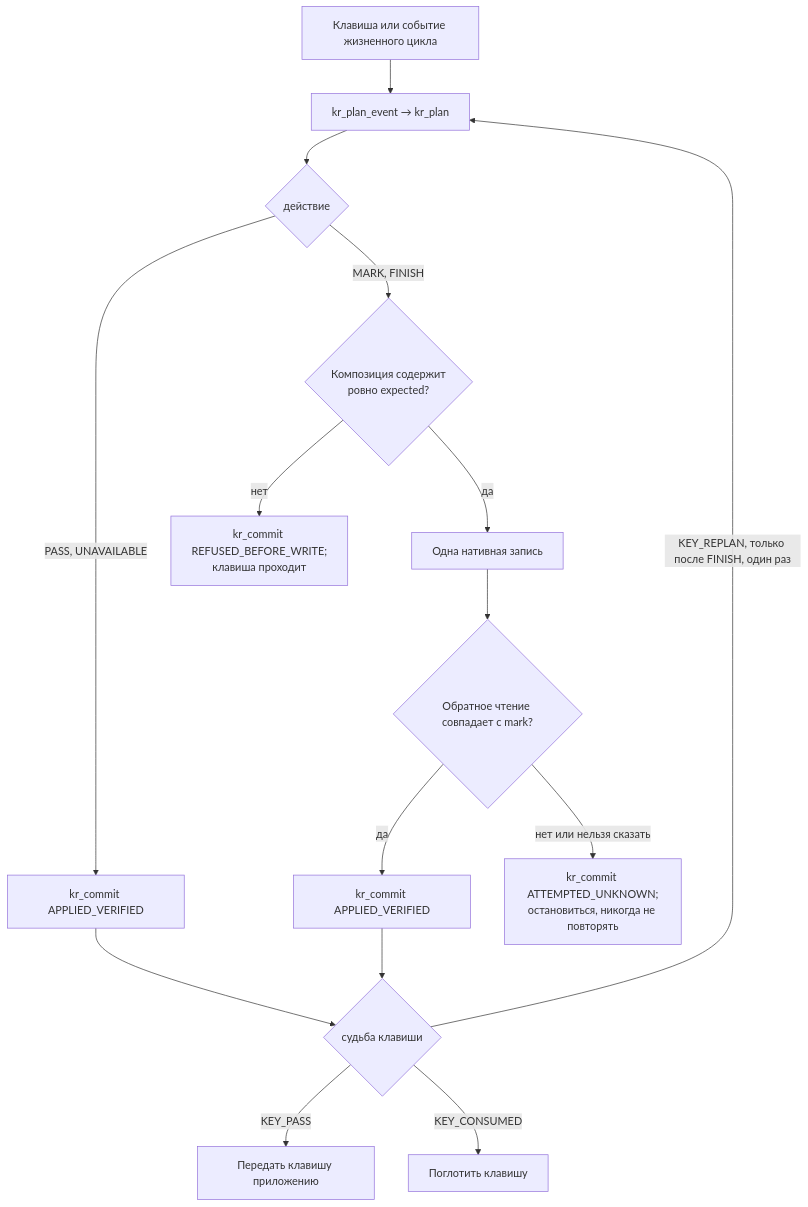
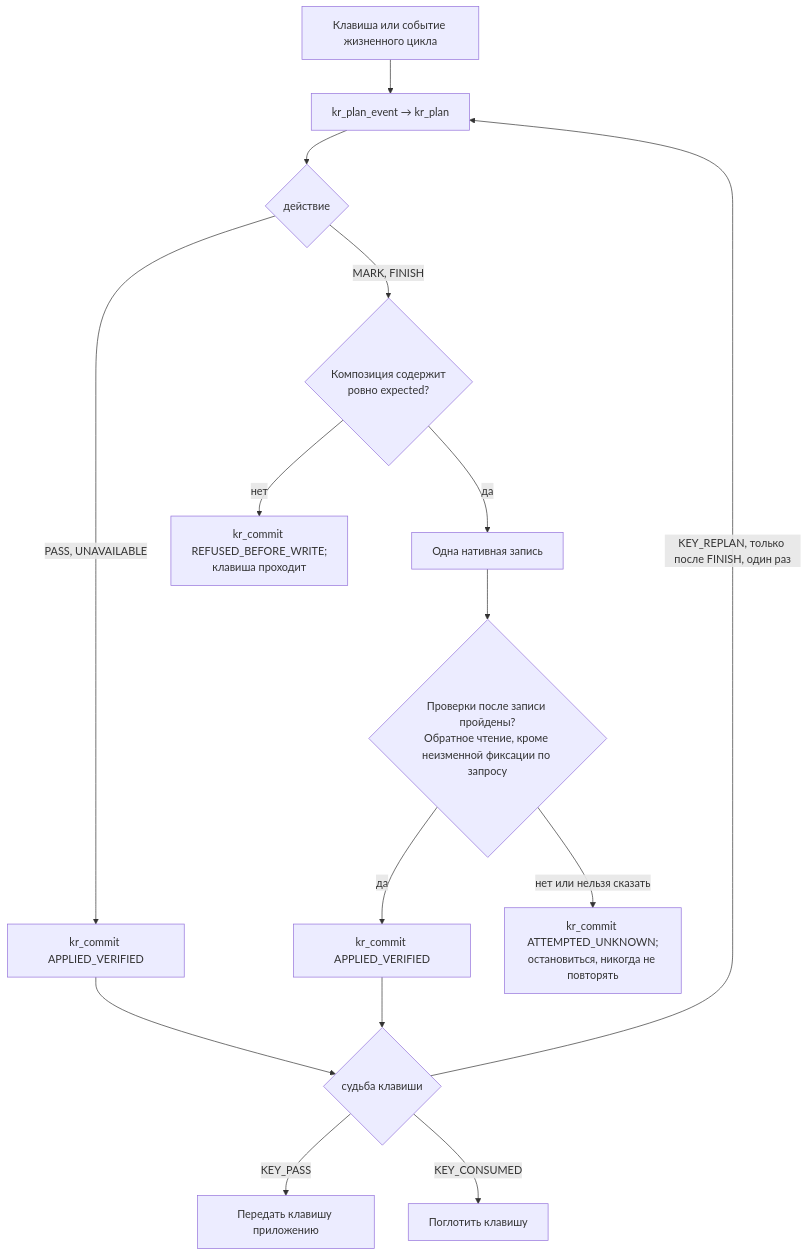
Before and after one commit to megabyde/keyrill: the first of 2 diagrams in docs/porting.ru.md, drawn with Mermaid. The commit also changed other lines of this file and 11 other files, not shown here.

First line of the commit message:
docs: edit contract, invariant evidence map and diagram status (#15)

````diff
--- a/docs/porting.ru.md
+++ b/docs/porting.ru.md
@@ -71,17 +71,17 @@
 ```mermaid
 flowchart TD
     K[Клавиша или событие жизненного цикла] --> P["kr_plan_event → kr_plan"]
     P --> A{действие}
     A -->|"PASS, UNAVAILABLE"| C0["kr_commit APPLIED_VERIFIED"]
     A -->|"MARK, FINISH"| V{"Композиция содержит<br/>ровно expected?"}
     V -->|нет| R["kr_commit REFUSED_BEFORE_WRITE;<br/>клавиша проходит"]
     V -->|да| W[Одна нативная запись]
-    W --> RB{Обратное чтение совпадает с mark?}
+    W --> RB{"Проверки после записи пройдены?<br/>Обратное чтение, кроме неизменной фиксации по запросу"}
     RB -->|да| OK["kr_commit APPLIED_VERIFIED"]
     RB -->|"нет или нельзя сказать"| U["kr_commit ATTEMPTED_UNKNOWN;<br/>остановиться, никогда не повторять"]
     OK --> D{судьба клавиши}
     C0 --> D
     D -->|KEY_PASS| HP[Передать клавишу приложению]
     D -->|KEY_CONSUMED| HC[Поглотить клавишу]
     D -->|"KEY_REPLAN, только после FINISH, один раз"| P
 ```
````
